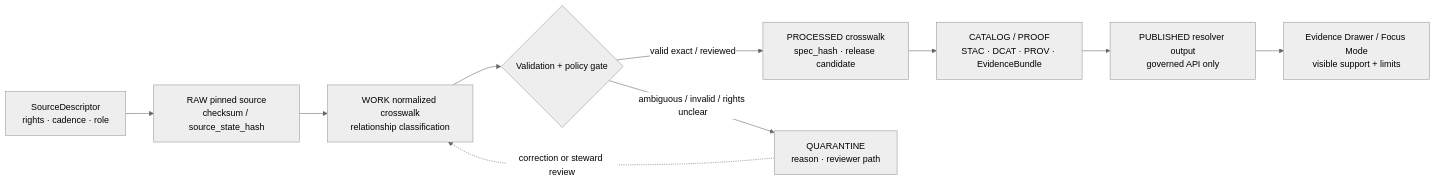
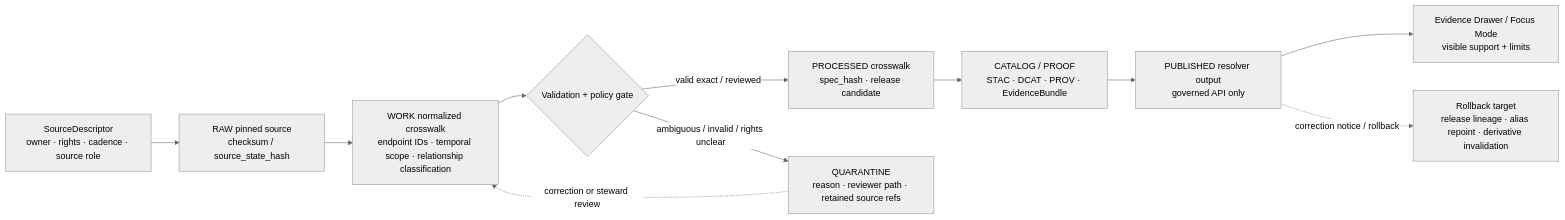
One commit to bartytime4life/Kansas-Frontier-Matrix changed the diagram in schemas/contracts/v1/crosswalk/README.md. Above: the diagram before and after it, drawn with Mermaid (neutral theme). The commit also changed other lines of this file, not shown here.

First line of the commit message:
Revise README for Crosswalk Contracts with updated metadata

````diff
--- a/schemas/contracts/v1/crosswalk/README.md
+++ b/schemas/contracts/v1/crosswalk/README.md
@@ -273,13 +420,14 @@
 ```mermaid
 flowchart LR
-    A["SourceDescriptor<br/>rights · cadence · role"] --> B["RAW pinned source<br/>checksum / source_state_hash"]
-    B --> C["WORK normalized crosswalk<br/>relationship classification"]
+    A["SourceDescriptor<br/>owner · rights · cadence · source role"] --> B["RAW pinned source<br/>checksum / source_state_hash"]
+    B --> C["WORK normalized crosswalk<br/>endpoint IDs · temporal scope · relationship classification"]
     C --> D{"Validation + policy gate"}
     D -->|valid exact / reviewed| E["PROCESSED crosswalk<br/>spec_hash · release candidate"]
-    D -->|ambiguous / invalid / rights unclear| Q["QUARANTINE<br/>reason · reviewer path"]
+    D -->|ambiguous / invalid / rights unclear| Q["QUARANTINE<br/>reason · reviewer path · retained source refs"]
     E --> F["CATALOG / PROOF<br/>STAC · DCAT · PROV · EvidenceBundle"]
     F --> G["PUBLISHED resolver output<br/>governed API only"]
     G --> H["Evidence Drawer / Focus Mode<br/>visible support + limits"]
 
     Q -. correction or steward review .-> C
+    G -. correction notice / rollback .-> R["Rollback target<br/>release lineage · alias repoint · derivative invalidation"]
 ```
````
